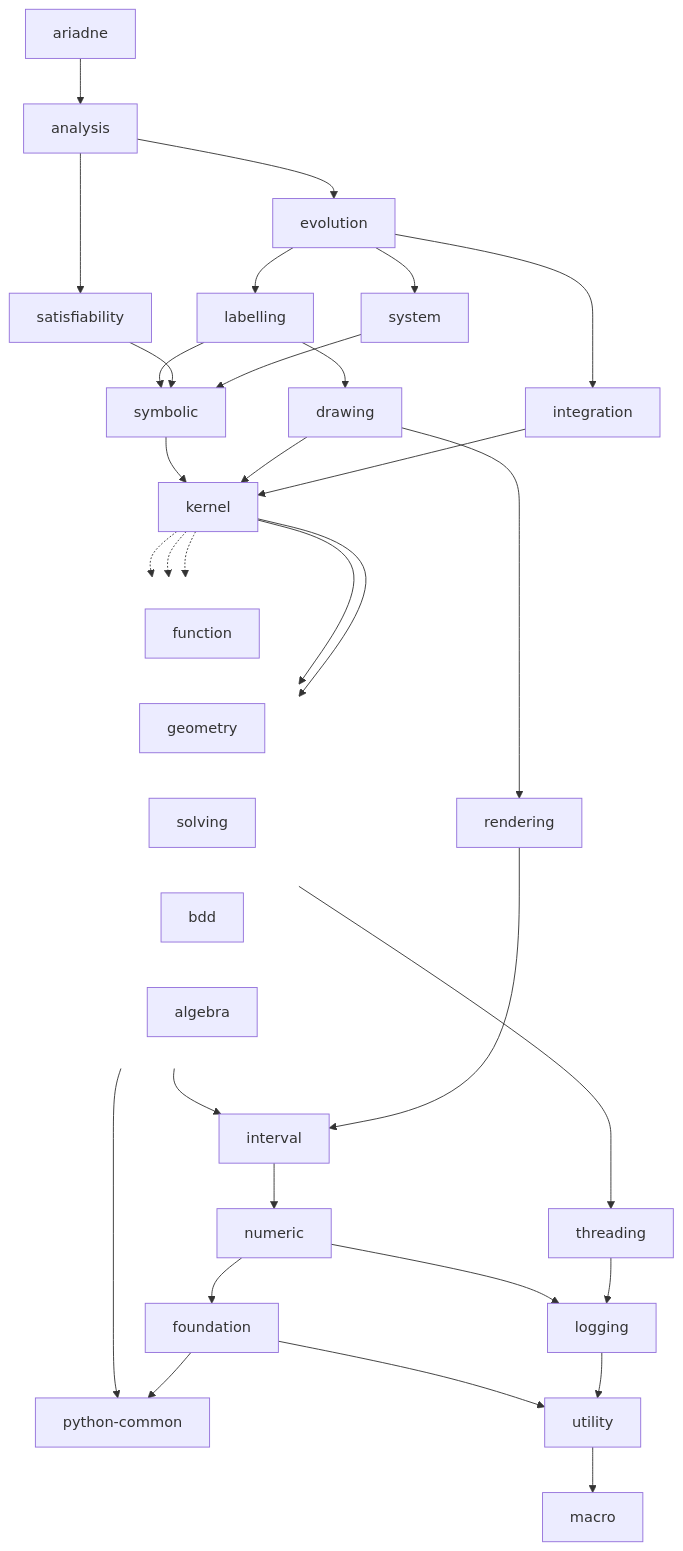
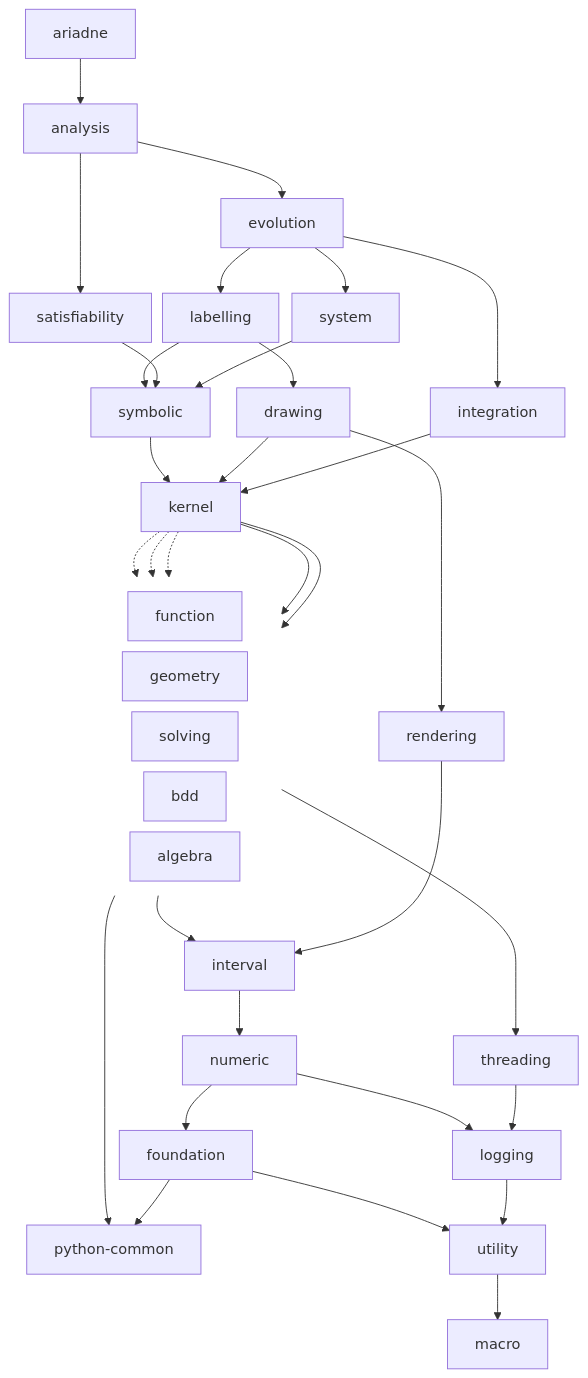
The diagram in doc/decoupling/structure.md (ariadne-cps/ariadne), drawn with Mermaid before and after one commit.

Commit message:
docs: compact kernel graph grouping

````diff
--- a/doc/decoupling/structure.md
+++ b/doc/decoupling/structure.md
@@ -38,57 +38,58 @@
 ```mermaid
 graph TD
+    %%{init: {"flowchart": {"nodeSpacing": 12, "rankSpacing": 50}}}%%
     ariadne --> analysis
 
     analysis --> evolution
     analysis --> satisfiability
 
     evolution --> integration
     evolution --> system
     evolution --> labelling
 
     integration --> kernel
 
     system --> symbolic
 
     satisfiability --> symbolic
 
     labelling --> symbolic
     labelling --> drawing
 
     drawing --> rendering
     drawing --> kernel
 
     symbolic --> kernel
 
-    subgraph kernel_level
+    subgraph kernel_level[" "]
         direction LR
         function
         geometry
         solving
         bdd
         algebra
     end
     style kernel_level fill:none,stroke:none,color:transparent
 
     kernel --> bdd & algebra
     kernel -.-> function
     kernel -.-> geometry
     kernel -.-> solving
 
     rendering --> interval
 
     bdd --> threading
     bdd --> python_common["python-common"]
 
     threading --> logging
     logging --> utility
     utility --> macro
 
     algebra --> interval
     interval --> numeric
     numeric --> foundation
     numeric --> logging
 
     foundation --> utility
     foundation --> python_common
 ```
````
